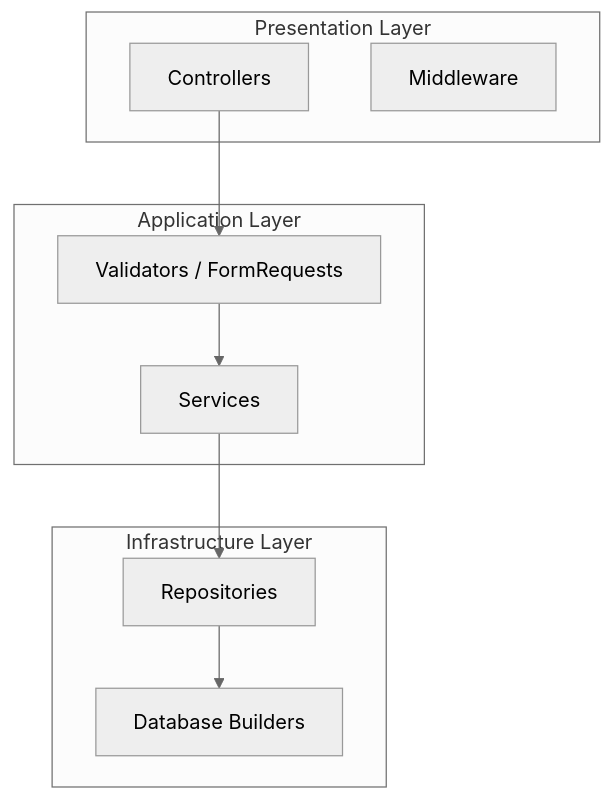
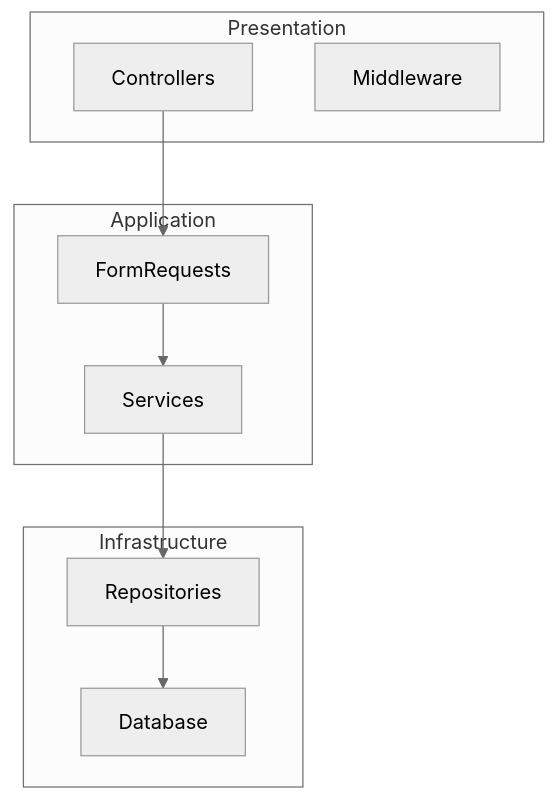
One commit to EL-STRIX/Finzo changed the second of 2 diagrams in docs/01-Architecture/Software-Architecture.md. Above: the diagram before and after it, drawn with Mermaid (neutral theme). The commit also changed other lines of this file and 12 other files, not shown here.

First line of the commit message:
docs(Architecture): Phase 3 Software Architecture Documentation

````diff
--- a/docs/01-Architecture/Software-Architecture.md
+++ b/docs/01-Architecture/Software-Architecture.md
@@ -22,20 +262,19 @@
 ```mermaid
 graph TD
-    subgraph Presentation Layer
+    subgraph Presentation
         C[Controllers]
         M[Middleware]
     end
-    subgraph Application Layer
+    subgraph Application
         S[Services]
-        V[Validators / FormRequests]
+        V[FormRequests]
     end
-    subgraph Infrastructure Layer
+    subgraph Infrastructure
         R[Repositories]
-        D[Database Builders]
+        D[Database]
     end
-    
     C --> V
     V --> S
     S --> R
     R --> D
 ```
````
